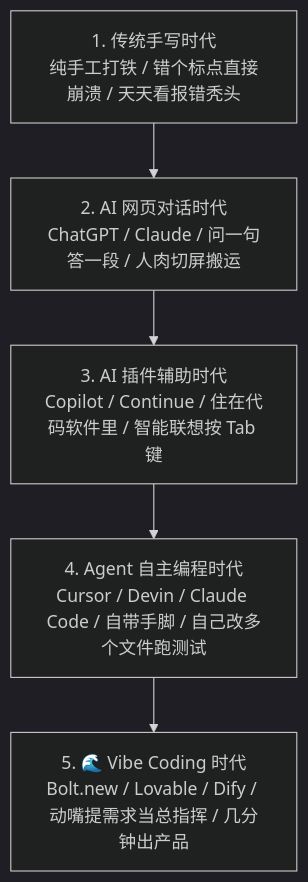
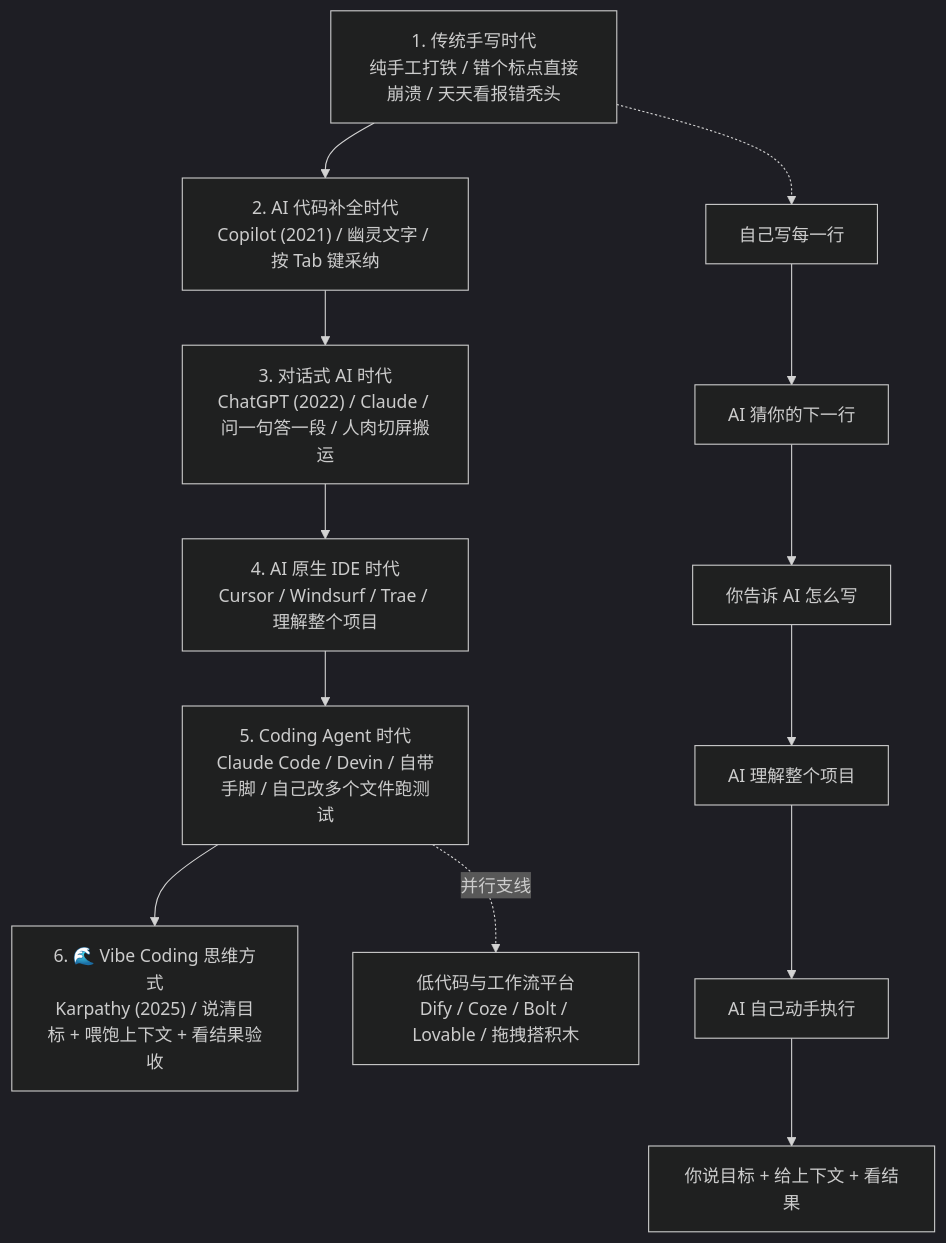
The diagram in 01_发展之路/img/diagrams/overview-diagram-01.mmd (buffer121328/vibe-coding-and-agents), drawn with Mermaid (dark theme) before and after one commit. The commit also changed 26 other files, not shown here.

```diff
--- a/01_发展之路/img/diagrams/overview-diagram-01.mmd
+++ b/01_发展之路/img/diagrams/overview-diagram-01.mmd
@@ -1,5 +1,8 @@
 graph TD
-    A["1. 传统手写时代\n纯手工打铁 / 错个标点直接崩溃 / 天天看报错秃头"] --> B["2. AI 网页对话时代\nChatGPT / Claude / 问一句答一段 / 人肉切屏搬运"]
-    B --> C["3. AI 插件辅助时代\nCopilot / Continue / 住在代码软件里 / 智能联想按 Tab 键"]
-    C --> D["4. Agent 自主编程时代\nCursor / Devin / Claude Code / 自带手脚 / 自己改多个文件跑测试"]
-    D --> E["5. 🌊 Vibe Coding 时代\nBolt.new / Lovable / Dify / 动嘴提需求当总指挥 / 几分钟出产品"]
+    A["1. 传统手写时代\n纯手工打铁 / 错个标点直接崩溃 / 天天看报错秃头"] --> B["2. AI 代码补全时代\nCopilot (2021) / 幽灵文字 / 按 Tab 键采纳"]
+    B --> C["3. 对话式 AI 时代\nChatGPT (2022) / Claude / 问一句答一段 / 人肉切屏搬运"]
+    C --> D["4. AI 原生 IDE 时代\nCursor / Windsurf / Trae / 理解整个项目"]
+    D --> E["5. Coding Agent 时代\nClaude Code / Devin / 自带手脚 / 自己改多个文件跑测试"]
+    E --> F["6. 🌊 Vibe Coding 思维方式\nKarpathy (2025) / 说清目标 + 喂饱上下文 + 看结果验收"]
+    E -.->|"并行支线"| G["低代码与工作流平台\nDify / Coze / Bolt / Lovable / 拖拽搭积木"]
+    A -.-> R1["自己写每一行"] --> R2["AI 猜你的下一行"] --> R3["你告诉 AI 怎么写"] --> R4["AI 理解整个项目"] --> R5["AI 自己动手执行"] --> R6["你说目标 + 给上下文 + 看结果"]
```
